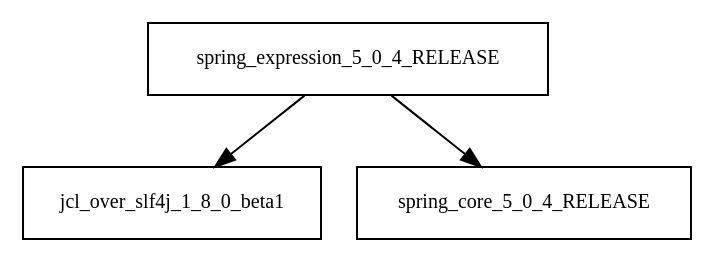
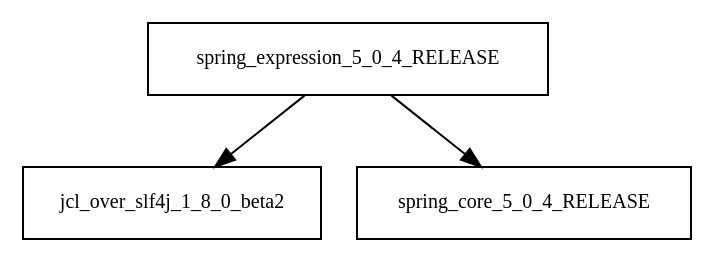
Before and after one commit to sjvs/cia: the diagram in tattleTaleReport/graphviz/spring-expression-5.0.4.RELEASE.jar/spring-expression-5.0.4.RELEASE.jar.dot, drawn with Graphviz. The commit also changed 2794 other files, not shown here.

```diff
--- a/tattleTaleReport/graphviz/spring-expression-5.0.4.RELEASE.jar/spring-expression-5.0.4.RELEASE.jar.dot
+++ b/tattleTaleReport/graphviz/spring-expression-5.0.4.RELEASE.jar/spring-expression-5.0.4.RELEASE.jar.dot
@@ -1,5 +1,5 @@
 digraph spring_expression_5_0_4_RELEASE_dependencies {
   node [shape = box, fontsize=10.0];
-  spring_expression_5_0_4_RELEASE -> jcl_over_slf4j_1_8_0_beta1;
+  spring_expression_5_0_4_RELEASE -> jcl_over_slf4j_1_8_0_beta2;
   spring_expression_5_0_4_RELEASE -> spring_core_5_0_4_RELEASE;
 }
```
